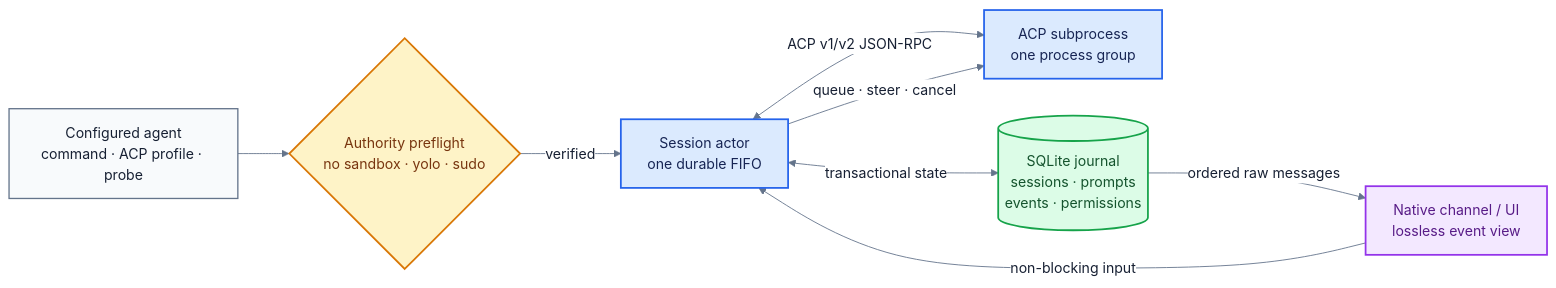
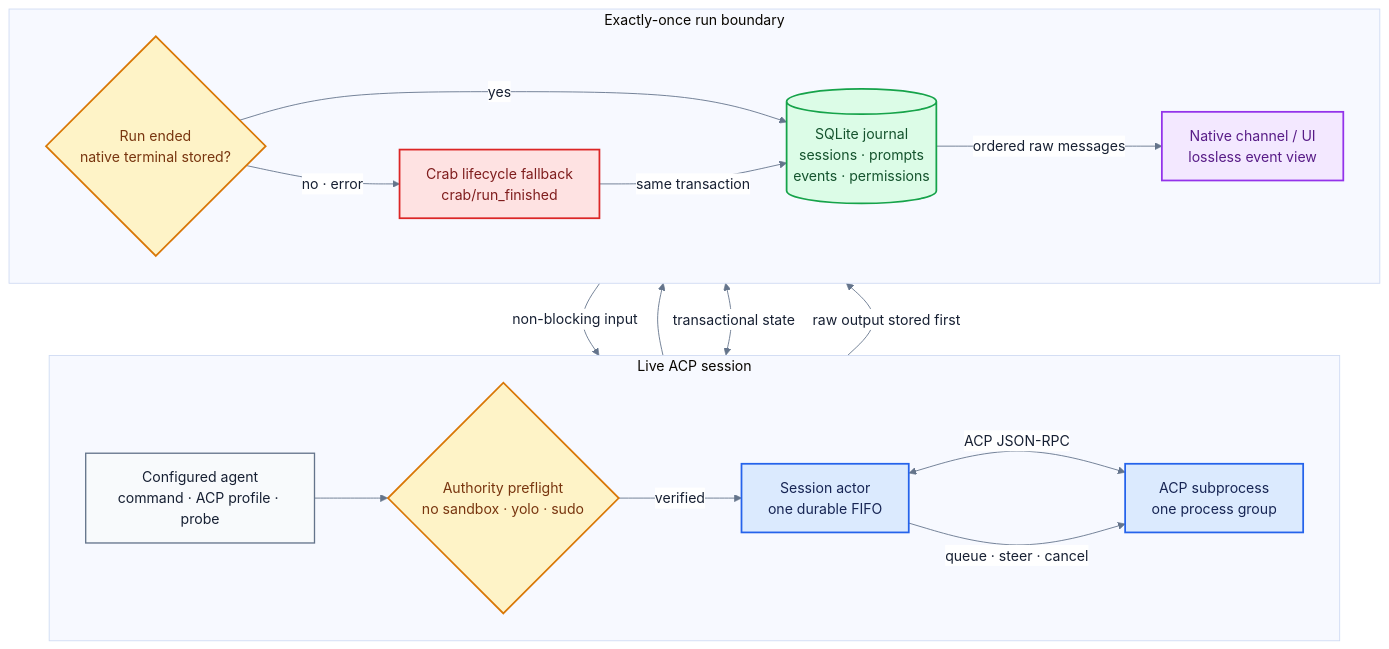
One commit to fontanierh/crab changed the diagram in v2/docs/agent-host-flow.mmd. Above: the diagram before and after it, drawn with Mermaid. The commit also changed 11 other files, not shown here.

```diff
--- a/v2/docs/agent-host-flow.mmd
+++ b/v2/docs/agent-host-flow.mmd
@@ -1,28 +1,44 @@
 %%{init: {"theme": "base", "themeVariables": {"fontFamily": "ui-sans-serif, system-ui, sans-serif", "primaryTextColor": "#172033", "lineColor": "#64748b", "edgeLabelBackground": "#ffffff"}, "flowchart": {"curve": "basis", "nodeSpacing": 42, "rankSpacing": 58}}}%%
-flowchart LR
-    CONFIG["Configured agent<br/>command · ACP profile · probe"]
-    PREFLIGHT{"Authority preflight<br/>no sandbox · yolo · sudo"}
-    ACTOR["Session actor<br/>one durable FIFO"]
-    ACP["ACP subprocess<br/>one process group"]
-    DB[("SQLite journal<br/>sessions · prompts<br/>events · permissions")]
-    UI["Native channel / UI<br/>lossless event view"]
+flowchart TB
+    subgraph LIVE["Live ACP session"]
+        direction LR
+        CONFIG["Configured agent<br/>command · ACP profile · probe"]
+        PREFLIGHT{"Authority preflight<br/>no sandbox · yolo · sudo"}
+        ACTOR["Session actor<br/>one durable FIFO"]
+        ACP["ACP subprocess<br/>one process group"]
+        CONFIG --> PREFLIGHT
+        PREFLIGHT -->|"verified"| ACTOR
+        ACTOR <-->|"ACP JSON-RPC"| ACP
+        ACTOR -->|"queue · steer · cancel"| ACP
+    end
+    subgraph DURABLE["Exactly-once run boundary"]
+        direction LR
+        ENDED{"Run ended<br/>native terminal stored?"}
+        FALLBACK["Crab lifecycle fallback<br/>crab/run_finished"]
+        DB[("SQLite journal<br/>sessions · prompts<br/>events · permissions")]
+        UI["Native channel / UI<br/>lossless event view"]
+        ENDED -->|"yes"| DB
+        ENDED -->|"no · error"| FALLBACK
+        FALLBACK -->|"same transaction"| DB
+        DB -->|"ordered raw messages"| UI
+    end
 
-    CONFIG --> PREFLIGHT
-    PREFLIGHT -->|"verified"| ACTOR
-    ACTOR <-->|"ACP v1/v2 JSON-RPC"| ACP
-    ACTOR -->|"queue · steer · cancel"| ACP
+    ACTOR --> ENDED
     ACTOR <-->|"transactional state"| DB
-    DB -->|"ordered raw messages"| UI
+    ACP -->|"raw output stored first"| DB
     UI -->|"non-blocking input"| ACTOR
 
     classDef config fill:#f8fafc,stroke:#64748b,stroke-width:1.5px,color:#172033;
     classDef gate fill:#fef3c7,stroke:#d97706,stroke-width:2px,color:#78350f;
     classDef runtime fill:#dbeafe,stroke:#2563eb,stroke-width:2px,color:#172554;
+    classDef fallback fill:#fee2e2,stroke:#dc2626,stroke-width:2px,color:#7f1d1d;
     classDef durable fill:#dcfce7,stroke:#16a34a,stroke-width:2px,color:#14532d;
     classDef ui fill:#f3e8ff,stroke:#9333ea,stroke-width:2px,color:#581c87;
 
     class CONFIG config;
     class PREFLIGHT gate;
     class ACTOR,ACP runtime;
+    class FALLBACK fallback;
+    class ENDED gate;
     class DB durable;
     class UI ui;
```
